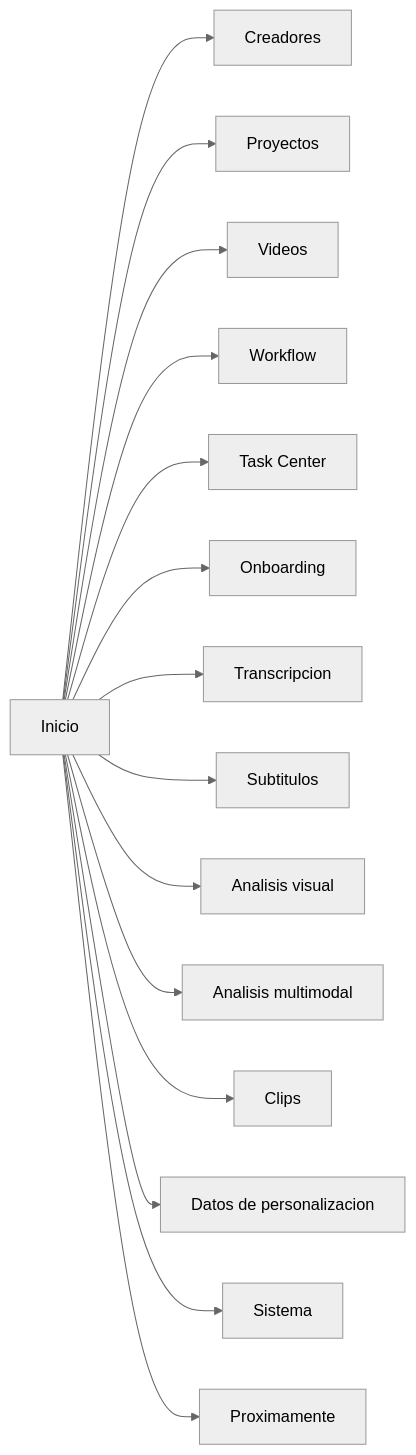
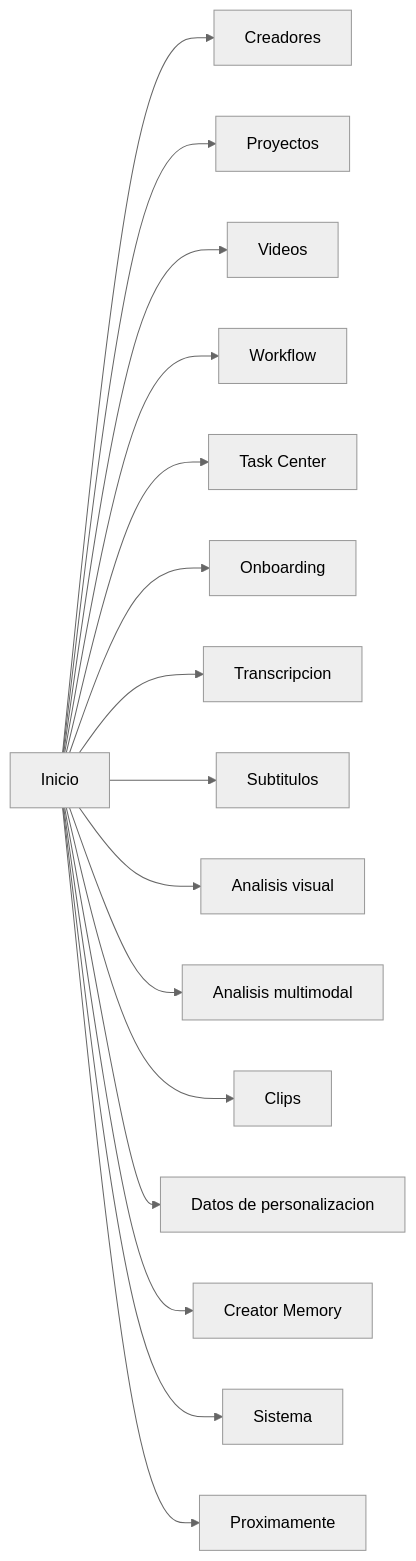
The diagram in docs/UI_MAP.md (AS26-Lab/Creator_Inteligence_Studio), drawn with Mermaid (neutral theme) before and after one commit. The commit also changed other lines of this file and 49 other files, not shown here.

Commit message:
feat: add creator memory foundation

````diff
--- a/docs/UI_MAP.md
+++ b/docs/UI_MAP.md
@@ -5,17 +5,18 @@
 ```mermaid
 flowchart LR
     Home[Inicio] --> Creators[Creadores]
     Home --> Projects[Proyectos]
     Home --> Media[Videos]
     Home --> Workflow[Workflow]
     Home --> Tasks[Task Center]
     Home --> Onboarding[Onboarding]
     Home --> Transcription[Transcripcion]
     Home --> Subtitles[Subtitulos]
     Home --> Visual[Analisis visual]
     Home --> Multimodal[Analisis multimodal]
     Home --> Clips[Clips]
     Home --> Personalization[Datos de personalizacion]
+    Home --> CreatorMemory[Creator Memory]
     Home --> System[Sistema]
     Home --> Future[Proximamente]
 ```
````
